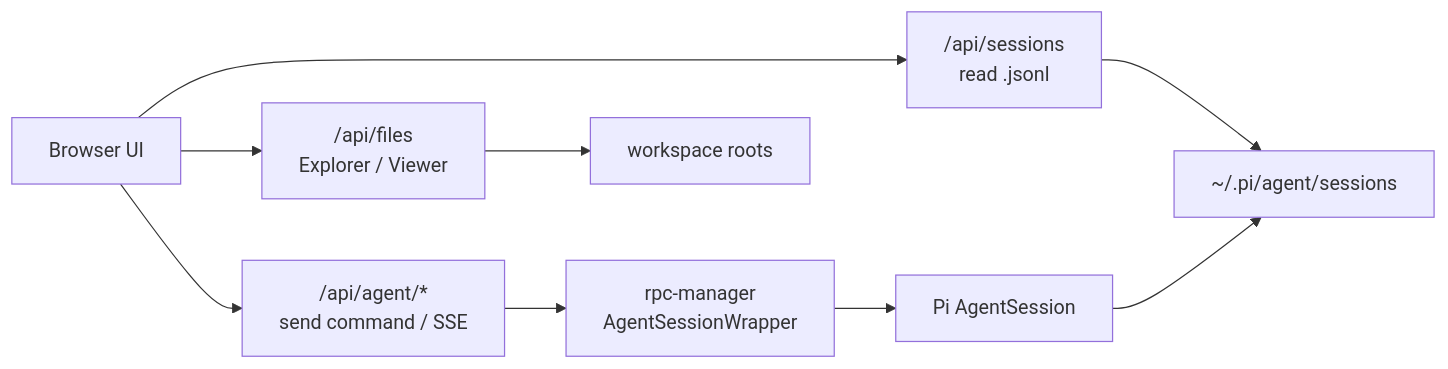
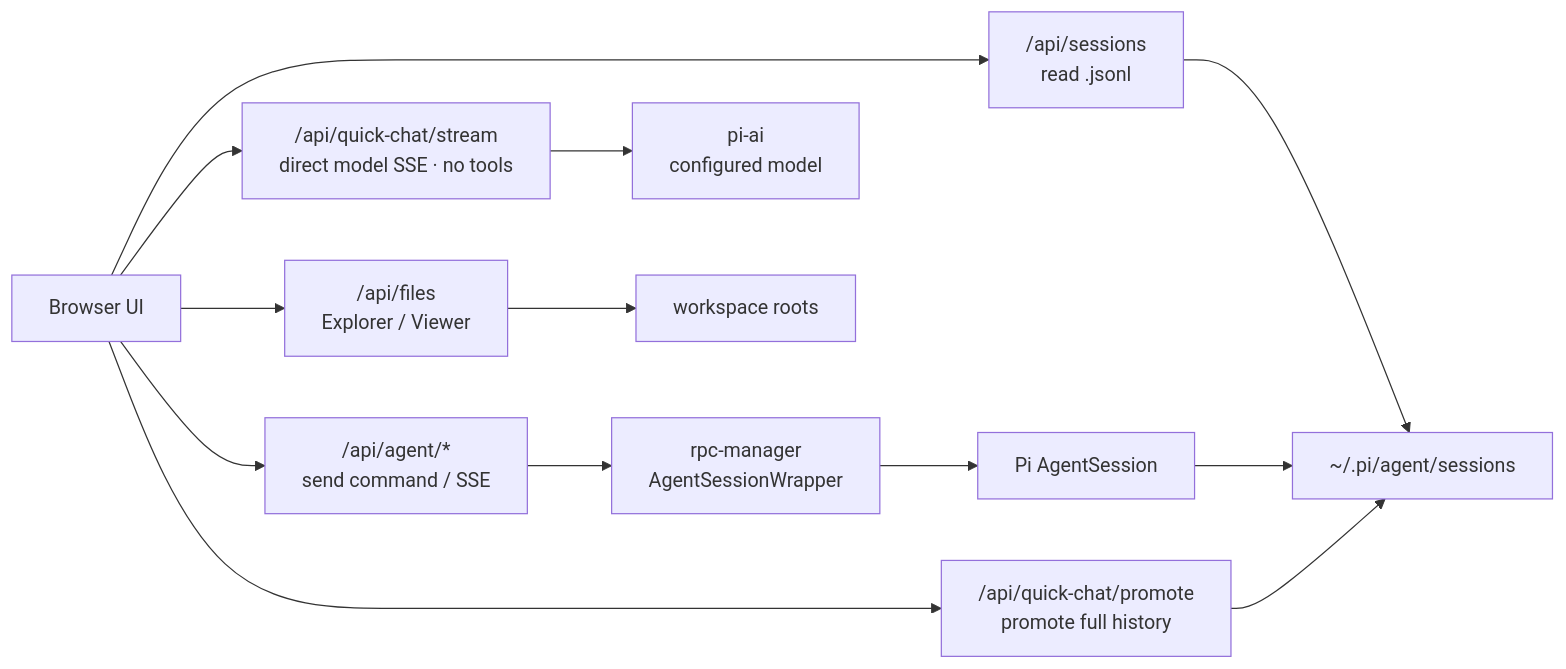
Before and after one commit to linky-fan/pi-web-seeker: the diagram in README.md, drawn with Mermaid. The commit also changed other lines of this file and 1 other file, not shown here.

Commit message:
Document quick chat architecture

````diff
--- a/README.md
+++ b/README.md
@@ -150,11 +150,15 @@
 ```mermaid
 flowchart LR
   Browser["Browser UI"] --> SessionsApi["/api/sessions<br/>read .jsonl"]
   Browser --> AgentApi["/api/agent/*<br/>send command / SSE"]
   SessionsApi --> SessionFiles["~/.pi/agent/sessions"]
   AgentApi --> RpcManager["rpc-manager<br/>AgentSessionWrapper"]
   RpcManager --> PiAgent["Pi AgentSession"]
   PiAgent --> SessionFiles
+  Browser --> QuickChatApi["/api/quick-chat/stream<br/>direct model SSE · no tools"]
+  QuickChatApi --> ConfiguredModel["pi-ai<br/>configured model"]
+  Browser --> QuickChatPromote["/api/quick-chat/promote<br/>promote full history"]
+  QuickChatPromote --> SessionFiles
   Browser --> FilesApi["/api/files<br/>Explorer / Viewer"]
   FilesApi --> Workspace["workspace roots"]
 ```
````
